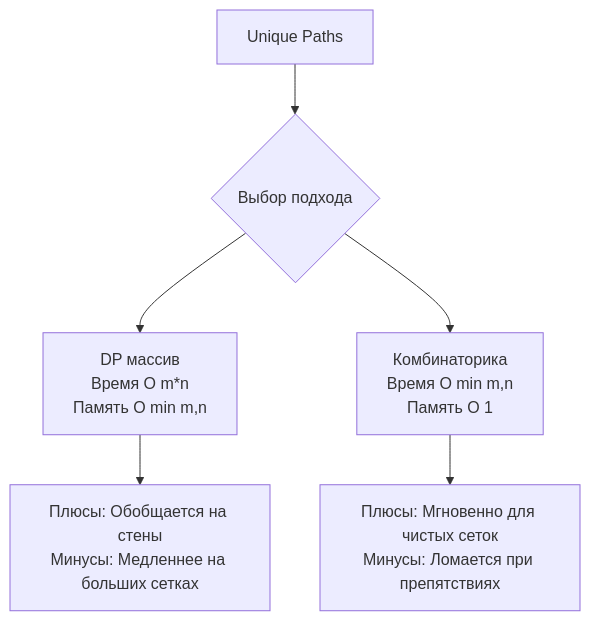
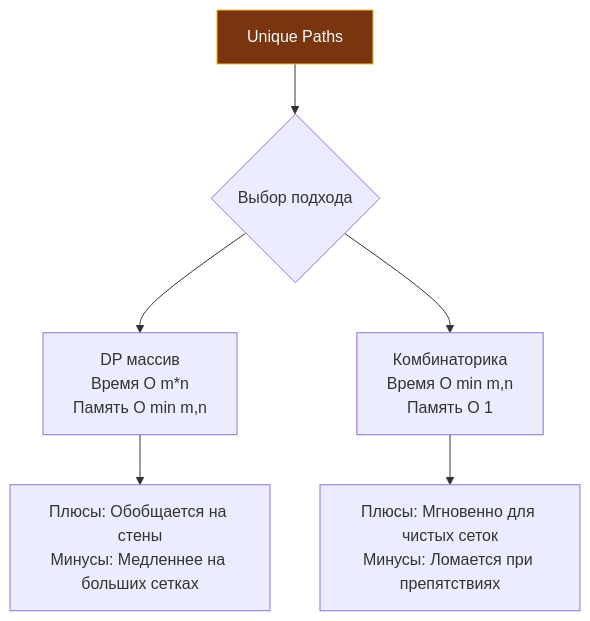
Before and after one commit to UnrealTemplier/go-textbook: the diagram in sources/21. Задачи с LeetCode и собеседований на Go/02. Задачи/19. Динамическое программирование 2D/3. Unique Paths.md, drawn with Mermaid. The commit also changed 1666 other files, not shown here.

First line of the commit message:
feat(mermaid): add semantic color classDef to 1369 colorless flowchart/graph diagrams

````diff
--- a/sources/21. Задачи с LeetCode и собеседований на Go/02. Задачи/19. Динамическое программирование 2D/3. Unique Paths.md
+++ b/sources/21. Задачи с LeetCode и собеседований на Go/02. Задачи/19. Динамическое программирование 2D/3. Unique Paths.md
@@ -93,9 +93,19 @@
 ```mermaid
 flowchart TD
-    A["Unique Paths"] --> B{"Выбор подхода"}
+    classDef process  fill:#1e293b,stroke:#38bdf8,stroke-width:1px,color:#f8fafc
+    classDef success  fill:#064e3b,stroke:#34d399,stroke-width:1px,color:#f8fafc
+    classDef error    fill:#7f1d1d,stroke:#f87171,stroke-width:1px,color:#f8fafc
+    classDef warning  fill:#78350f,stroke:#fbbf24,stroke-width:1px,color:#f8fafc
+    classDef entry    fill:#1e3a5f,stroke:#38bdf8,stroke-width:2px,color:#f8fafc
+    classDef aux      fill:#334155,stroke:#64748b,stroke-width:1px,color:#f8fafc
+    classDef system   fill:#312e81,stroke:#a78bfa,stroke-width:1px,color:#f8fafc
+    classDef data     fill:#132d29,stroke:#2dd4bf,stroke-width:1px,color:#f8fafc
+    classDef network  fill:#881337,stroke:#fb7185,stroke-width:1px,color:#f8fafc
+    classDef accent   fill:#1e1b4b,stroke:#818cf8,stroke-width:1px,color:#f8fafc
+    A["Unique Paths"]:::warning --> B{"Выбор подхода"}
     B --> C["DP массив<br>Время O m*n<br>Память O min m,n"]
     B --> D["Комбинаторика<br>Время O min m,n<br>Память O 1"]
     
     C --> E["Плюсы: Обобщается на стены<br>Минусы: Медленнее на больших сетках"]
     D --> F["Плюсы: Мгновенно для чистых сеток<br>Минусы: Ломается при препятствиях"]
 ```
````
